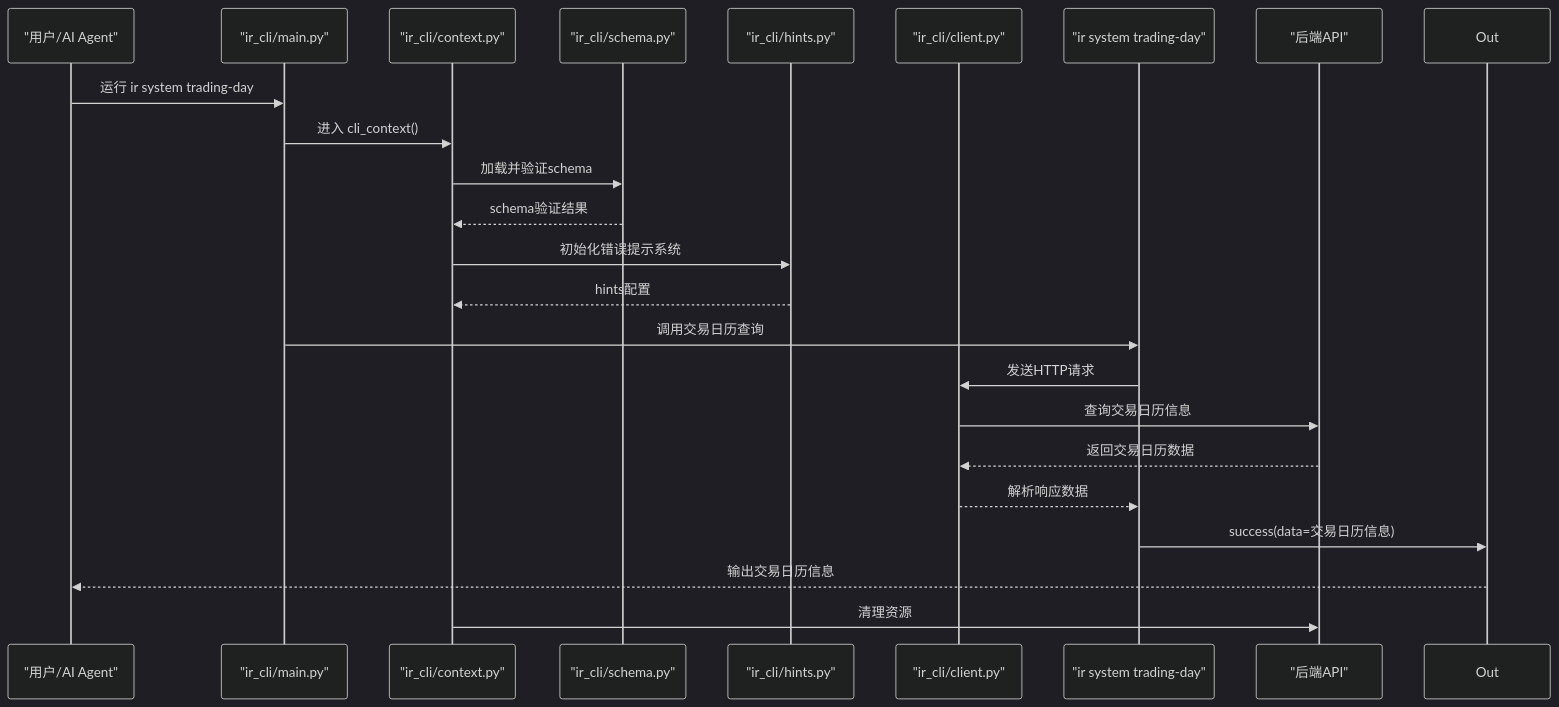
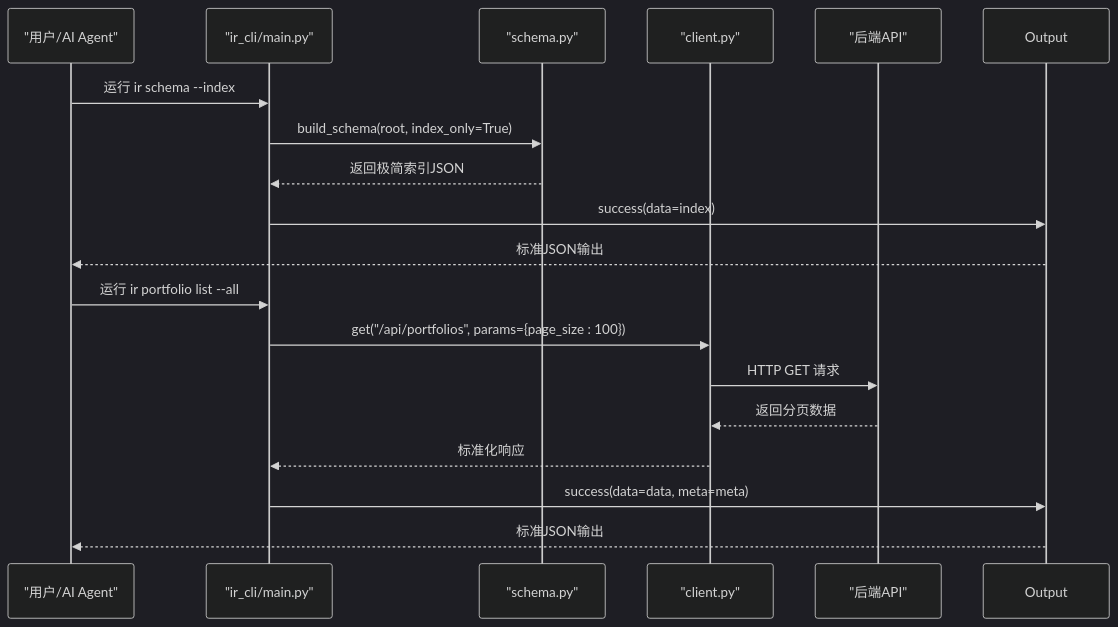
The second of 5 diagrams in .qoder/repowiki/zh/content/开发指南/InvestRing Admin CLI 工具.md (gujialind/InvestRing), drawn with Mermaid (dark theme) before and after one commit. The commit also changed other lines of this file and 65 other files, not shown here.

````diff
--- a/.qoder/repowiki/zh/content/开发指南/InvestRing Admin CLI 工具.md
+++ b/.qoder/repowiki/zh/content/开发指南/InvestRing Admin CLI 工具.md
@@ -137,25 +114,20 @@
 ```mermaid
 sequenceDiagram
 participant User as "用户/AI Agent"
 participant CLI as "ir_cli/main.py"
-participant Ctx as "ir_cli/context.py"
-participant Sch as "ir_cli/schema.py"
-participant Hnt as "ir_cli/hints.py"
-participant Cli as "ir_cli/client.py"
-participant SystemCmd as "ir system trading-day"
+participant Schema as "schema.py"
+participant Client as "client.py"
 participant API as "后端API"
-User->>CLI : 运行 ir system trading-day
-CLI->>Ctx : 进入 cli_context()
-Ctx->>Sch : 加载并验证schema
-Sch-->>Ctx : schema验证结果
-Ctx->>Hnt : 初始化错误提示系统
-Hnt-->>Ctx : hints配置
-CLI->>SystemCmd : 调用交易日历查询
-SystemCmd->>Cli : 发送HTTP请求
-Cli->>API : 查询交易日历信息
-API-->>Cli : 返回交易日历数据
-Cli-->>SystemCmd : 解析响应数据
-SystemCmd->>Out : success(data=交易日历信息)
-Out-->>User : 输出交易日历信息
-Ctx->>API : 清理资源
+User->>CLI : 运行 ir schema --index
+CLI->>Schema : build_schema(root, index_only=True)
+Schema-->>CLI : 返回极简索引JSON
+CLI->>Output : success(data=index)
+Output-->>User : 标准JSON输出
+User->>CLI : 运行 ir portfolio list --all
+CLI->>Client : get("/api/portfolios", params={page_size : 100})
+Client->>API : HTTP GET 请求
+API-->>Client : 返回分页数据
+Client-->>CLI : 标准化响应
+CLI->>Output : success(data=data, meta=meta)
+Output-->>User : 标准JSON输出
 ```
````
